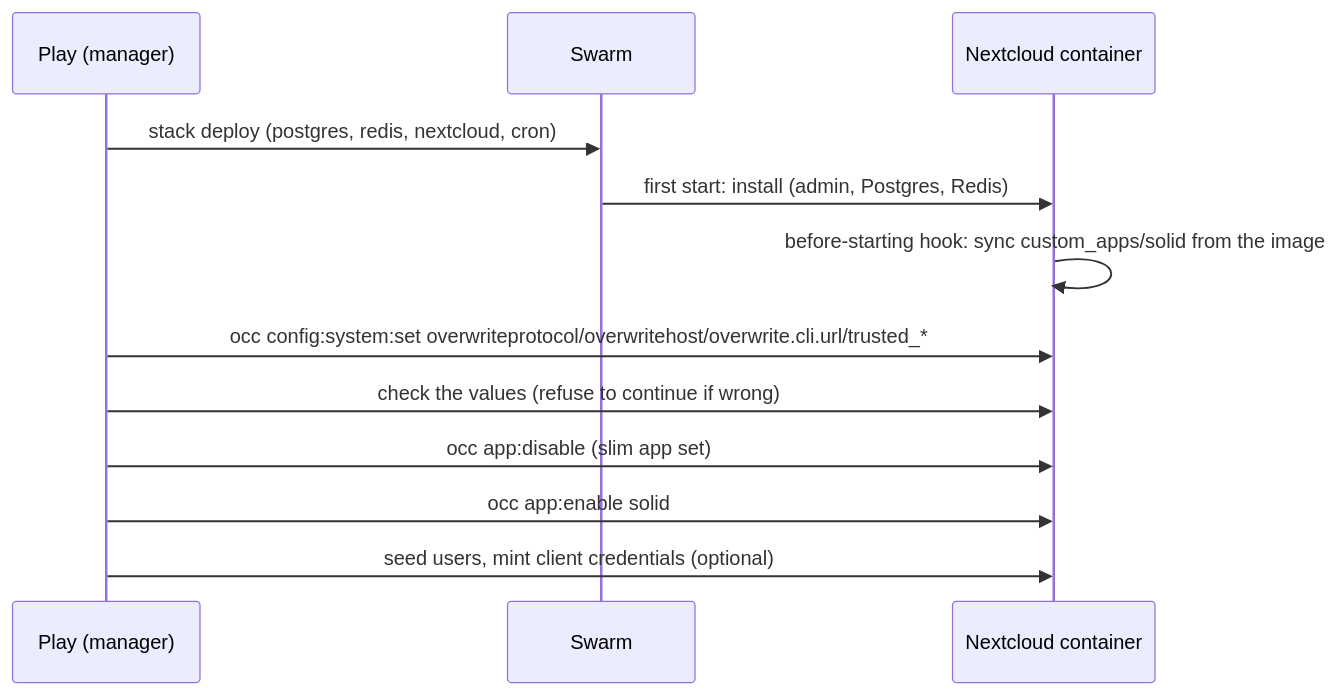
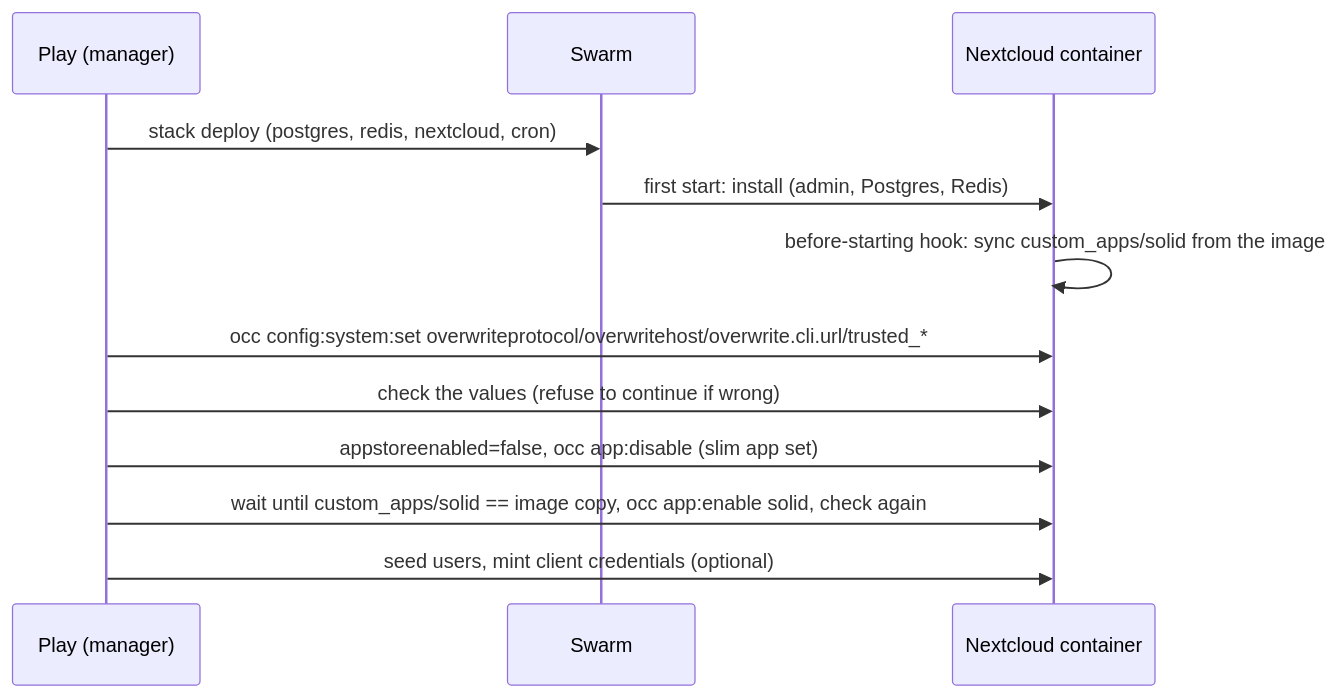
Before and after one commit to smilinTux/skstacks: the second of 2 diagrams in v1/ansible/optional/skpods/SOP.md, drawn with Mermaid. The commit also changed other lines of this file and 2 other files, not shown here.

Commit message:
fix(skpods): never let app:enable install the app-store build
Seen on a fresh stack: when the play reached app:enable before the start hook
had synced the image's Solid app, Nextcloud downloaded the store build into
custom_apps/solid. The deploy now turns the app store off first, waits until
custom_apps/solid is exactly the image's copy, enables it, and checks again.

````diff
--- a/v1/ansible/optional/skpods/SOP.md
+++ b/v1/ansible/optional/skpods/SOP.md
@@ -48,14 +48,14 @@
 ```mermaid
 sequenceDiagram
     participant P as Play (manager)
     participant S as Swarm
     participant N as Nextcloud container
     P->>S: stack deploy (postgres, redis, nextcloud, cron)
     S->>N: first start: install (admin, Postgres, Redis)
     N->>N: before-starting hook: sync custom_apps/solid from the image
     P->>N: occ config:system:set overwriteprotocol/overwritehost/overwrite.cli.url/trusted_*
     P->>N: check the values (refuse to continue if wrong)
-    P->>N: occ app:disable (slim app set)
-    P->>N: occ app:enable solid
+    P->>N: appstoreenabled=false, occ app:disable (slim app set)
+    P->>N: wait until custom_apps/solid == image copy, occ app:enable solid, check again
     P->>N: seed users, mint client credentials (optional)
 ```
````
